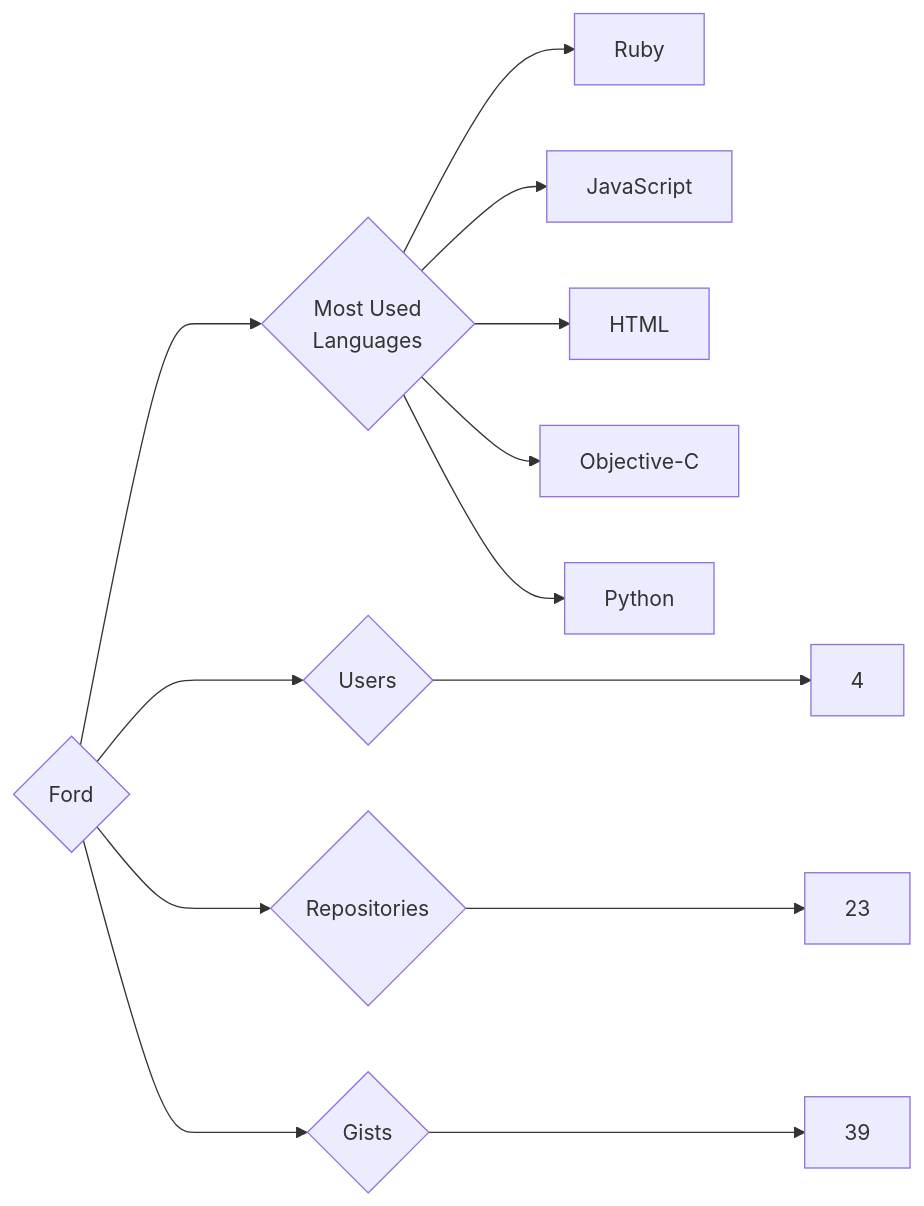
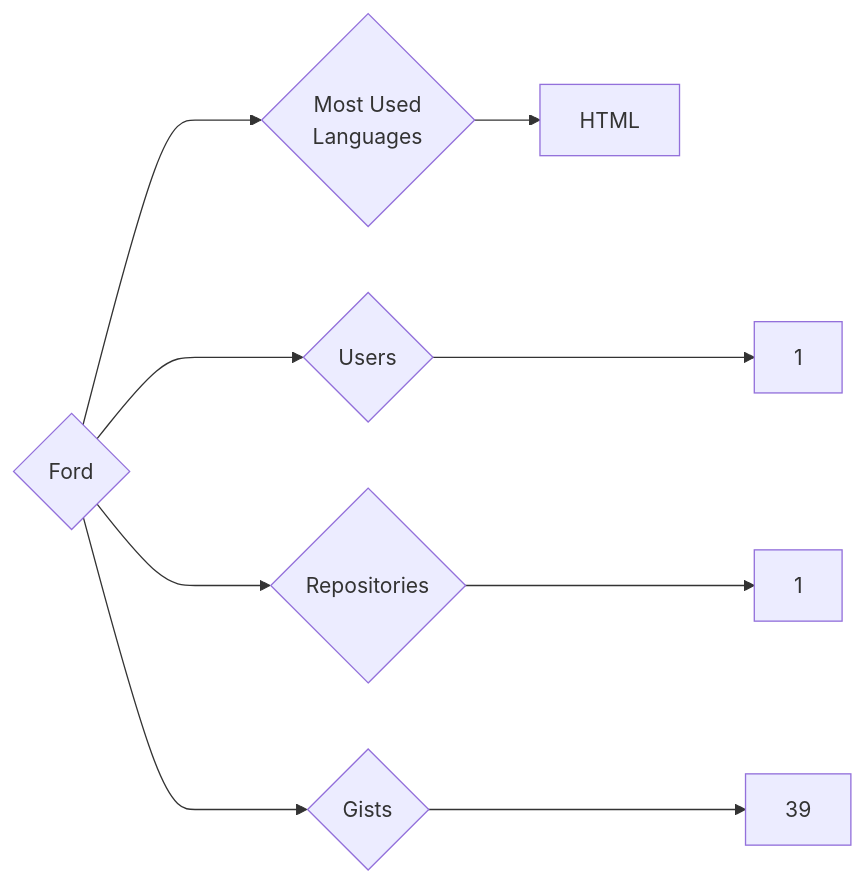
The diagram in targets/Ford/README.md (trickest/insiders), drawn with Mermaid before and after one commit. The commit also changed 618 other files, not shown here.

````diff
--- a/targets/Ford/README.md
+++ b/targets/Ford/README.md
@@ -3,13 +3,9 @@
 ```mermaid
 graph LR
 COMPANY_NAME{Ford}
-COMPANY_NAME ---> U{Users} ---> UN[4]
-COMPANY_NAME ---> R{Repositories} ---> RN[23]
+COMPANY_NAME ---> U{Users} ---> UN[1]
+COMPANY_NAME ---> R{Repositories} ---> RN[1]
 COMPANY_NAME ---> G{Gists} ---> GN[39]
 COMPANY_NAME ---> ML{Most Used<br>Languages}
-ML --> Ruby[Ruby]
-ML --> JavaScript[JavaScript]
 ML --> HTML[HTML]
-ML --> Objective-C[Objective-C]
-ML --> Python[Python]
 ```
````
